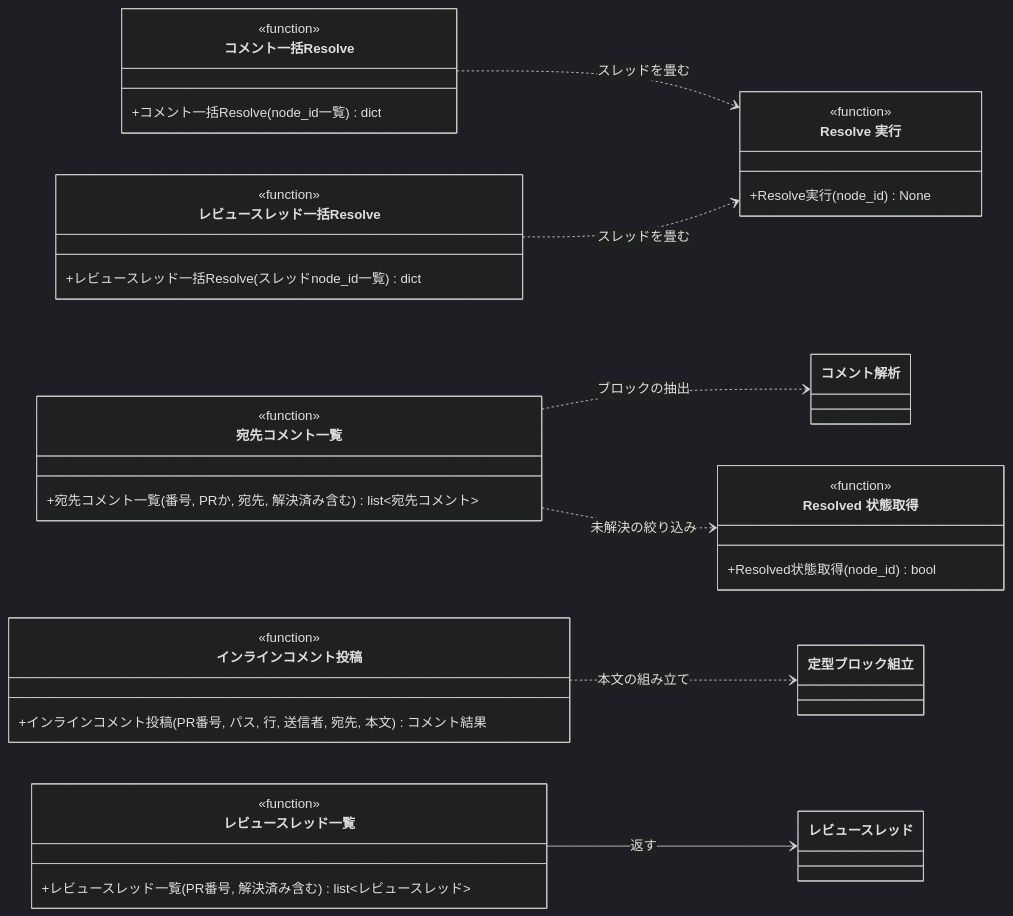
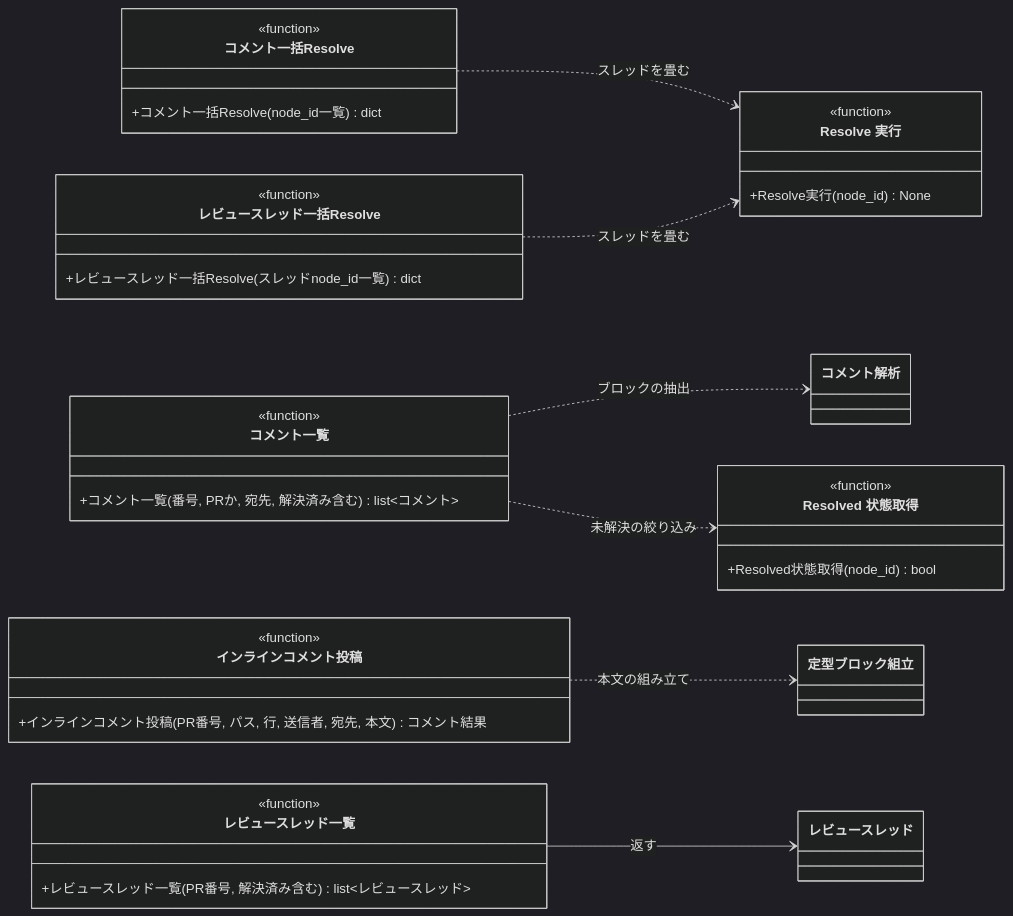
The eighth of 12 diagrams in docs/wiki/設計図/モジュール構成/MCP/GitHub操作.py.md (shuhei1101/ai-monitor), drawn with Mermaid (dark theme) before and after one commit. The commit also changed other lines of this file and 34 other files, not shown here.

````diff
--- a/docs/wiki/設計図/モジュール構成/MCP/GitHub操作.py.md
+++ b/docs/wiki/設計図/モジュール構成/MCP/GitHub操作.py.md
@@ -400,56 +401,56 @@
 ```mermaid
 classDiagram
   direction LR
   コメント一括Resolve ..> Resolve実行 : スレッドを畳む
-  宛先コメント一覧 ..> コメント解析 : ブロックの抽出
-  宛先コメント一覧 ..> Resolved状態取得 : 未解決の絞り込み
+  コメント一覧 ..> コメント解析 : ブロックの抽出
+  コメント一覧 ..> Resolved状態取得 : 未解決の絞り込み
   レビュースレッド一括Resolve ..> Resolve実行 : スレッドを畳む
   インラインコメント投稿 ..> 定型ブロック組立 : 本文の組み立て
   レビュースレッド一覧 --> レビュースレッド : 返す
 
   class コメント一括Resolve {
     <<function>>
     +コメント一括Resolve(node_id一覧) dict
   }
-  class 宛先コメント一覧 {
+  class コメント一覧 {
     <<function>>
-    +宛先コメント一覧(番号, PRか, 宛先, 解決済み含む) list~宛先コメント~
+    +コメント一覧(番号, PRか, 宛先, 解決済み含む) list~コメント~
   }
   class インラインコメント投稿 {
     <<function>>
     +インラインコメント投稿(PR番号, パス, 行, 送信者, 宛先, 本文) コメント結果
   }
   class レビュースレッド一覧 {
     <<function>>
     +レビュースレッド一覧(PR番号, 解決済み含む) list~レビュースレッド~
   }
   class レビュースレッド一括Resolve {
     <<function>>
     +レビュースレッド一括Resolve(スレッドnode_id一覧) dict
   }
   class Resolve実行["Resolve 実行"] {
     <<function>>
     +Resolve実行(node_id) None
   }
   class Resolved状態取得["Resolved 状態取得"] {
     <<function>>
     +Resolved状態取得(node_id) bool
   }
   class コメント解析 {
   }
   class 定型ブロック組立 {
   }
   class レビュースレッド {
   }
 
   click コメント一括Resolve href "#コメント一括resolve"
-  click 宛先コメント一覧 href "#宛先コメント一覧"
+  click コメント一覧 href "#コメント一覧"
   click インラインコメント投稿 href "#インラインコメント投稿"
   click レビュースレッド一覧 href "#レビュースレッド一覧"
   click レビュースレッド一括Resolve href "#レビュースレッド一括resolve"
   click Resolve実行 href "#resolve-実行"
   click Resolved状態取得 href "#resolved-状態取得"
   click コメント解析 href "#コメント解析"
   click 定型ブロック組立 href "#定型ブロック組立"
   click レビュースレッド href "#レビュースレッド"
 ```
````
